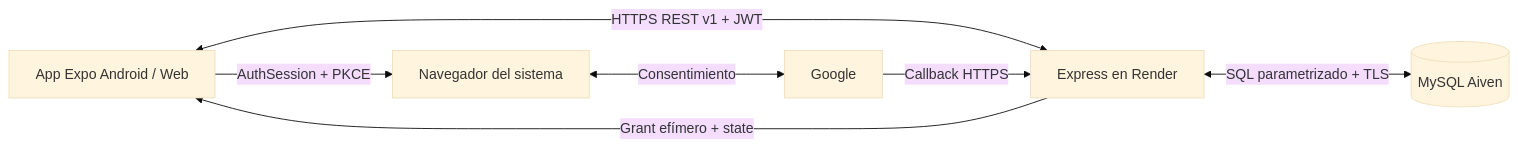
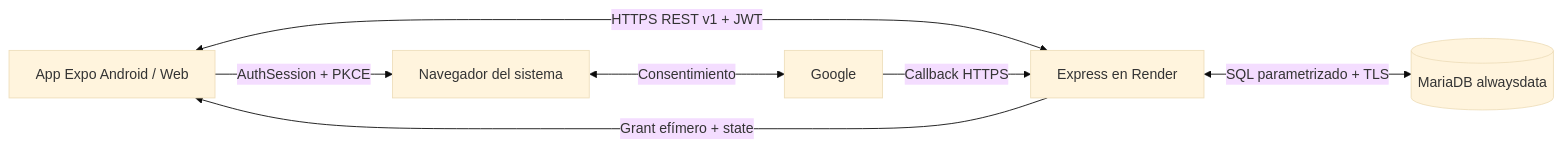
Before and after one commit to nehuenparrondo/lavadero-app: the diagram in frontend/docs/architecture.md, drawn with Mermaid (base theme). The commit also changed other lines of this file and 142 other files, not shown here.

Commit message:
Document application contracts and enforce shared architecture and documentation checks

````diff
--- a/frontend/docs/architecture.md
+++ b/frontend/docs/architecture.md
@@ -30,9 +30,9 @@
 ```mermaid
 flowchart LR
   App[App Expo Android / Web] <-->|HTTPS REST v1 + JWT| API[Express en Render]
-  API <-->|SQL parametrizado + TLS| DB[(MySQL Aiven)]
+  API <-->|SQL parametrizado + TLS| DB[(MariaDB alwaysdata)]
   App -->|AuthSession + PKCE| Browser[Navegador del sistema]
   Browser <-->|Consentimiento| Providers[Google]
   Providers -->|Callback HTTPS| API
   API -->|Grant efímero + state| App
 ```
````
